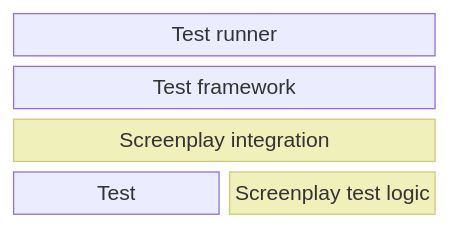
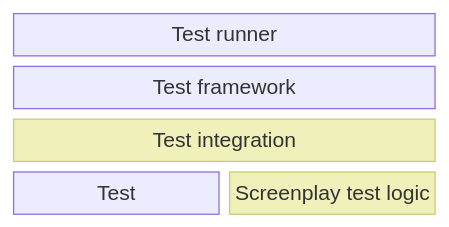
Before and after one commit to csf-dev/CSF.Screenplay: the diagram in CSF.Screenplay.Docs/docs/ScreenplayInTheTestingStack.md, drawn with Mermaid. The commit also changed other lines of this file, not shown here.

Commit message:
Tidy up diagram

````diff
--- a/CSF.Screenplay.Docs/docs/ScreenplayInTheTestingStack.md
+++ b/CSF.Screenplay.Docs/docs/ScreenplayInTheTestingStack.md
@@ -11,10 +11,10 @@
 ```mermaid
 block-beta
     columns 2
     Runner["Test runner"]:2
     FW["Test framework"]:2
-    Int["Screenplay integration"]:2
+    Int["Test integration"]:2
     Test Logic["Screenplay test logic"]
     classDef sp fill:#f0f0bb,stroke:#cc7
     class Int,Logic sp
 ```
````
